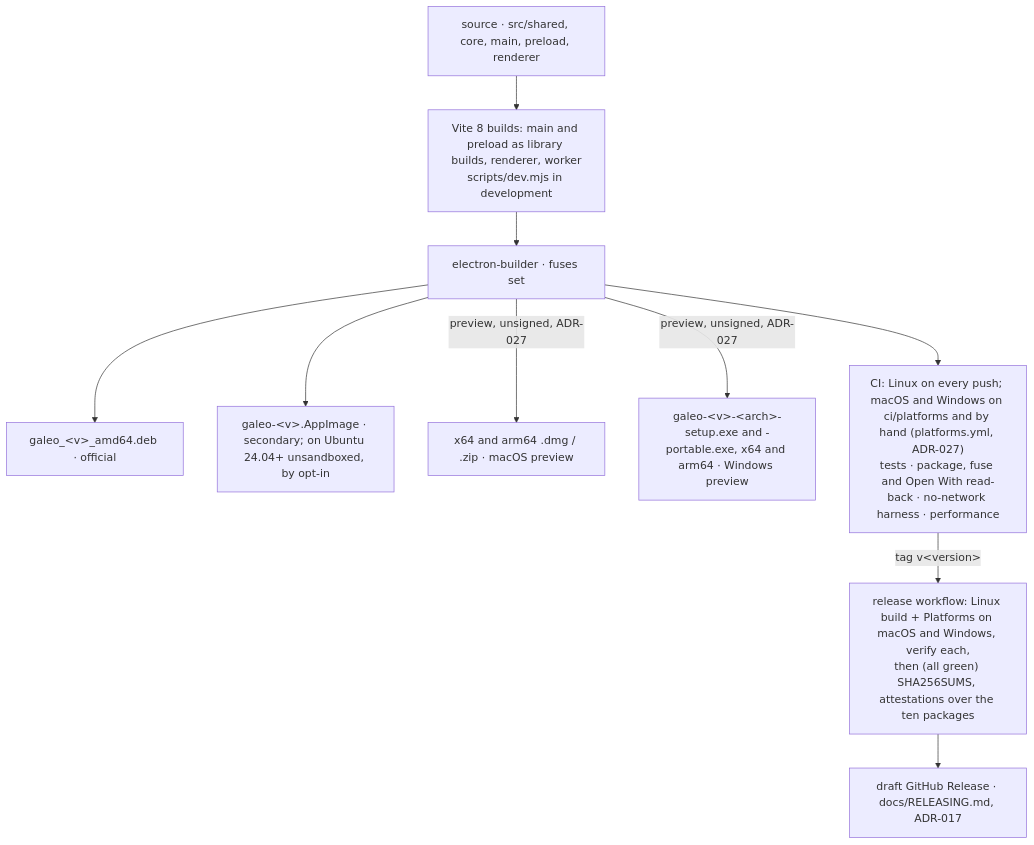
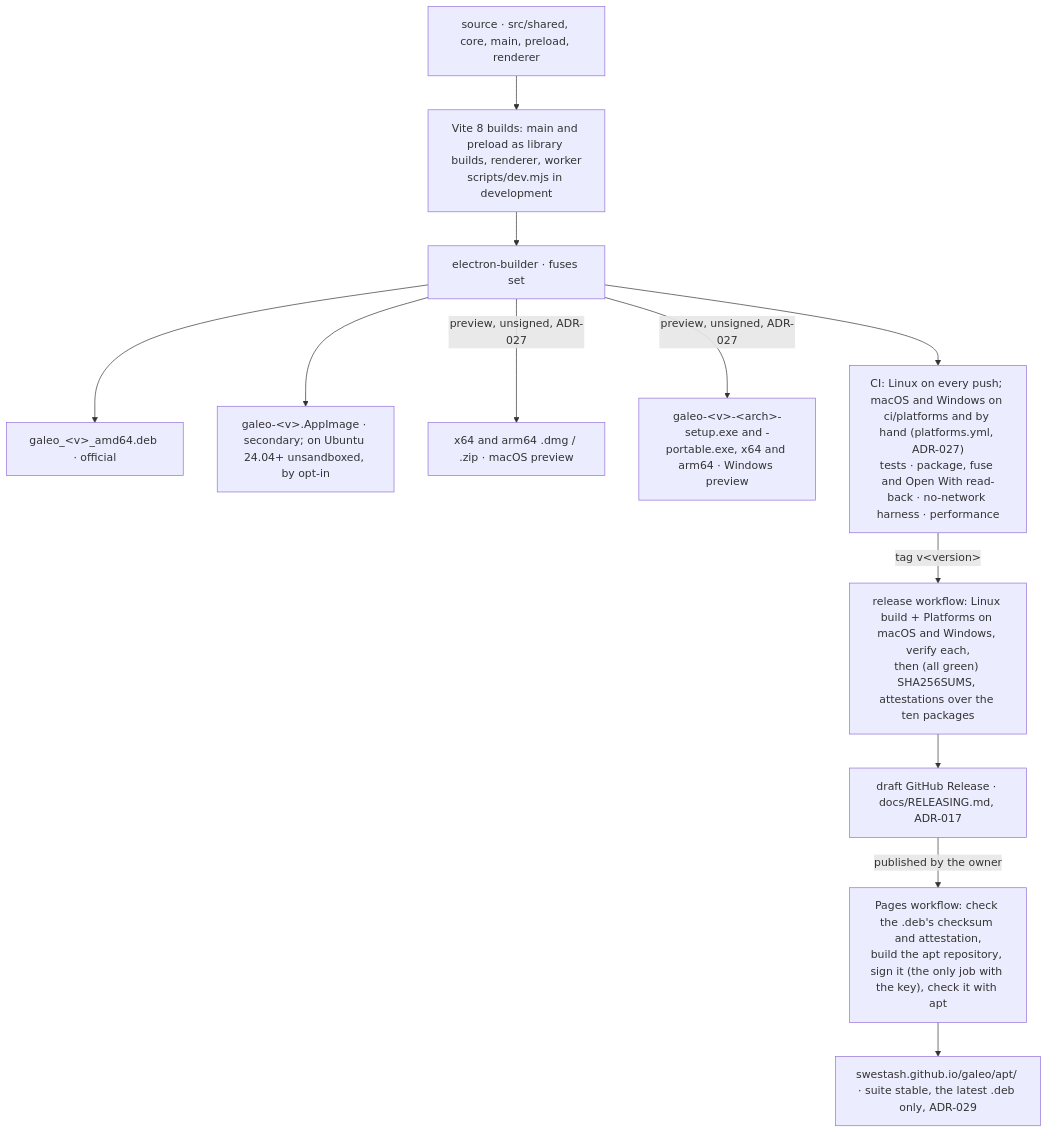
Before and after one commit to SWEStash/galeo: the eighth of 8 diagrams in docs/ARCHITECTURE.md, drawn with Mermaid. The commit also changed other lines of this file and 1 other file, not shown here.

First line of the commit message:
docs: add the apt repository to the release flow and the website notes

````diff
--- a/docs/ARCHITECTURE.md
+++ b/docs/ARCHITECTURE.md
@@ -435,12 +435,14 @@
 ```mermaid
 flowchart TD
   src[source · src/shared, core, main, preload, renderer] --> vite[Vite 8 builds: main and preload as library builds, renderer, worker<br/>scripts/dev.mjs in development]
   vite --> eb[electron-builder · fuses set]
   eb --> deb[galeo_#lt;v#gt;_amd64.deb · official]
   eb --> appimage[galeo-#lt;v#gt;.AppImage · secondary; on Ubuntu 24.04+ unsandboxed, by opt-in]
   eb -- "preview, unsigned, ADR-027" --> mac[x64 and arm64 .dmg / .zip · macOS preview]
   eb -- "preview, unsigned, ADR-027" --> win[galeo-#lt;v#gt;-#lt;arch#gt;-setup.exe and -portable.exe, x64 and arm64 · Windows preview]
   eb --> ci["CI: Linux on every push; macOS and Windows on ci/platforms and by hand (platforms.yml, ADR-027)<br/>tests · package, fuse and Open With read-back · no-network harness · performance"]
   ci -- "tag v#lt;version#gt;" --> release["release workflow: Linux build + Platforms on macOS and Windows, verify each,<br/>then (all green) SHA256SUMS, attestations over the ten packages"]
   release --> draft[draft GitHub Release · docs/RELEASING.md, ADR-017]
+  draft -- "published by the owner" --> pages["Pages workflow: check the .deb's checksum and attestation,<br/>build the apt repository, sign it (the only job with the key), check it with apt"]
+  pages --> apt[swestash.github.io/galeo/apt/ · suite stable, the latest .deb only, ADR-029]
 ```
````
